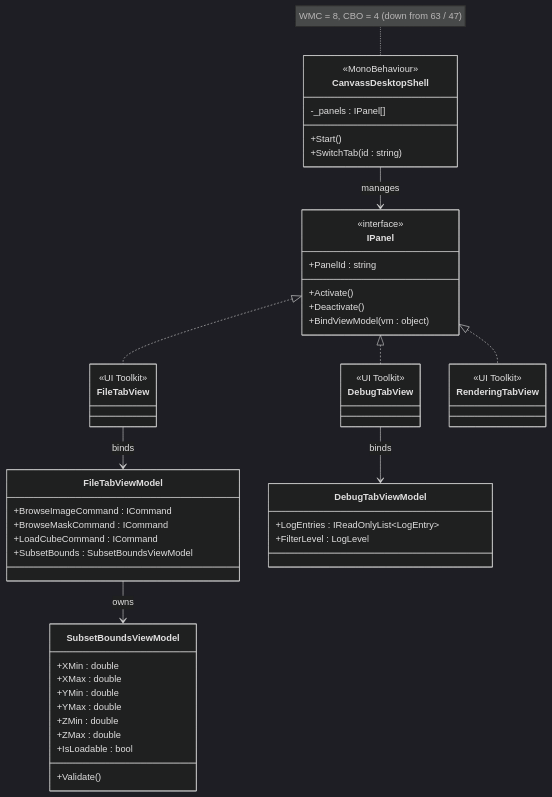
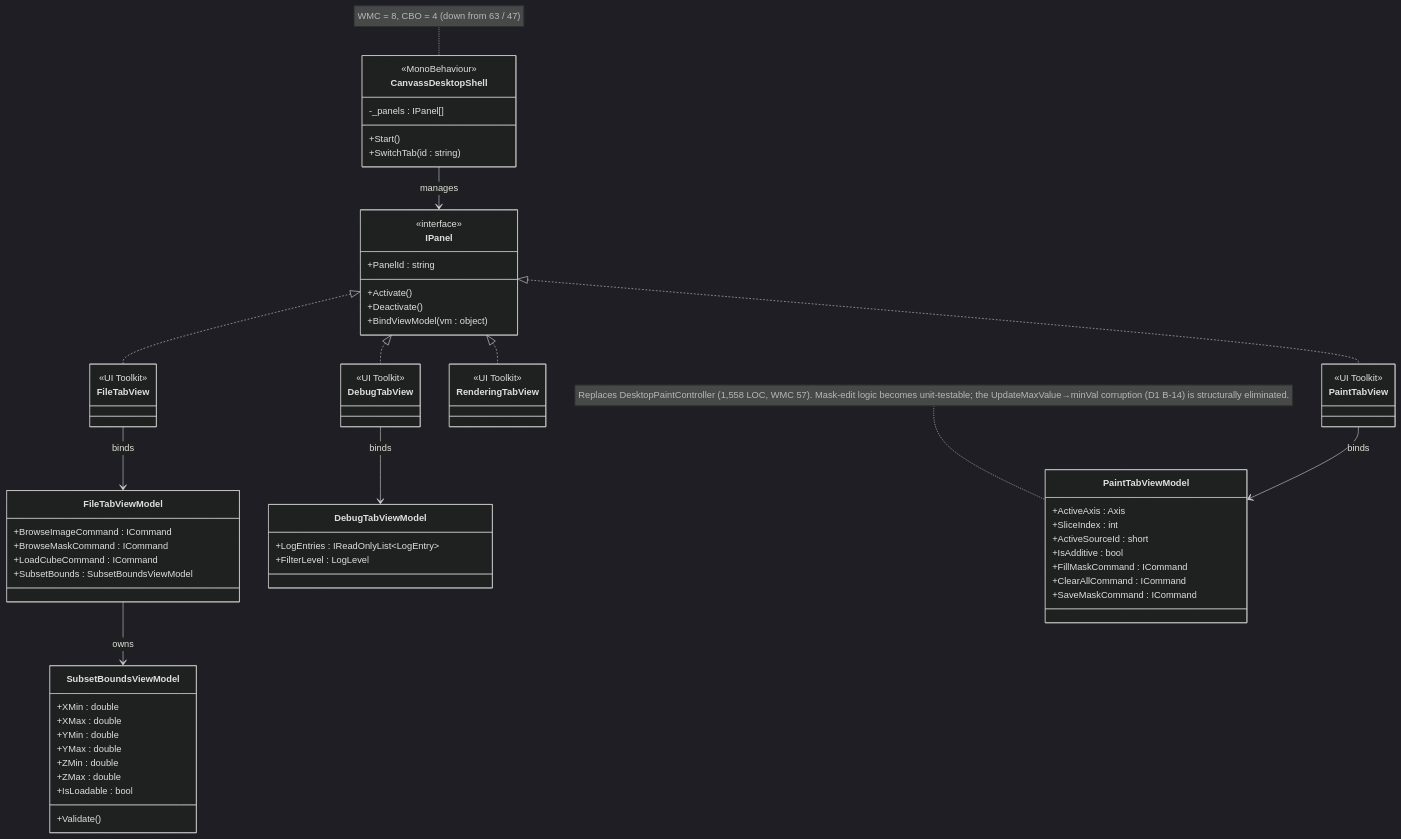
The second of 2 diagrams in docs/sub-team-6/deliverables/D2-Architecture/architecture.md (david-bol12/iDaVIE---Team-Alpha), drawn with Mermaid (dark theme) before and after one commit. The commit also changed other lines of this file and 14 other files, not shown here.

````diff
--- a/docs/sub-team-6/deliverables/D2-Architecture/architecture.md
+++ b/docs/sub-team-6/deliverables/D2-Architecture/architecture.md
@@ -337,60 +344,76 @@
 ```mermaid
 classDiagram
     class IPanel {
         <<interface>>
         +PanelId : string
         +Activate()
         +Deactivate()
         +BindViewModel(vm : object)
     }
 
     class CanvassDesktopShell {
         <<MonoBehaviour>>
         -_panels : IPanel[]
         +Start()
         +SwitchTab(id : string)
     }
 
     class FileTabView {
         <<UI Toolkit>>
     }
     class DebugTabView {
         <<UI Toolkit>>
     }
     class RenderingTabView {
         <<UI Toolkit>>
     }
+    class PaintTabView {
+        <<UI Toolkit>>
+    }
 
     class FileTabViewModel {
         +BrowseImageCommand : ICommand
         +BrowseMaskCommand : ICommand
         +LoadCubeCommand : ICommand
         +SubsetBounds : SubsetBoundsViewModel
     }
 
     class DebugTabViewModel {
         +LogEntries : IReadOnlyList~LogEntry~
         +FilterLevel : LogLevel
+    }
+
+    class PaintTabViewModel {
+        +ActiveAxis : Axis
+        +SliceIndex : int
+        +ActiveSourceId : short
+        +IsAdditive : bool
+        +FillMaskCommand : ICommand
+        +ClearAllCommand : ICommand
+        +SaveMaskCommand : ICommand
     }
 
     class SubsetBoundsViewModel {
         +XMin : double
         +XMax : double
         +YMin : double
         +YMax : double
         +ZMin : double
         +ZMax : double
         +IsLoadable : bool
         +Validate()
     }
 
     IPanel <|.. FileTabView
     IPanel <|.. DebugTabView
     IPanel <|.. RenderingTabView
+    IPanel <|.. PaintTabView
     FileTabViewModel --> SubsetBoundsViewModel : owns
     FileTabView --> FileTabViewModel : binds
     DebugTabView --> DebugTabViewModel : binds
+    PaintTabView --> PaintTabViewModel : binds
     CanvassDesktopShell --> IPanel : manages
 
     note for CanvassDesktopShell "WMC = 8, CBO = 4 (down from 63 / 47)"
+    note for PaintTabViewModel "Replaces DesktopPaintController (1,558 LOC, WMC 57). Mask-edit logic becomes unit-testable; the UpdateMaxValue→minVal corruption (D1 B-14) is structurally eliminated."
 ```
````
